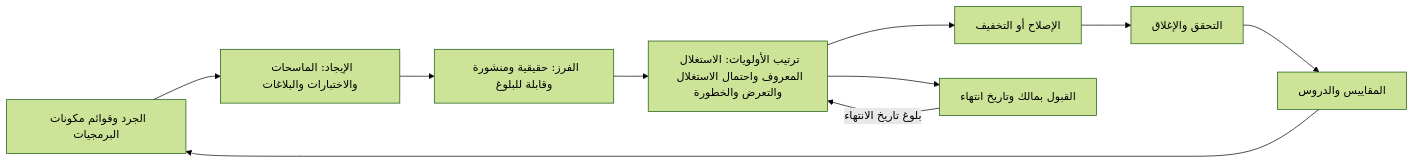
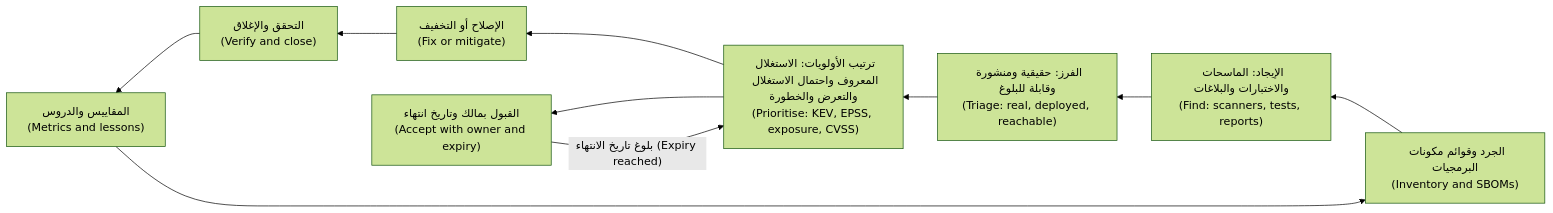
The third of 3 diagrams in secai/modules/10-response.ar.md (Tamoura/system-design-for-vibe-coders), drawn with Mermaid (forest theme) before and after one commit. The commit also changed other lines of this file and 11 other files, not shown here.

First line of the commit message:
Security course: Arabic modules 10–11 reviewed; RTL diagrams with English labels for modules 0–11

````diff
--- a/secai/modules/10-response.ar.md
+++ b/secai/modules/10-response.ar.md
@@ -590,12 +590,12 @@
 ```mermaid
-flowchart LR
-    I["الجرد وقوائم مكونات البرمجيات"] --> F["الإيجاد: الماسحات والاختبارات والبلاغات"]
-    F --> T["الفرز: حقيقية ومنشورة وقابلة للبلوغ"]
-    T --> P["ترتيب الأولويات: الاستغلال المعروف واحتمال الاستغلال والتعرض والخطورة"]
-    P --> R["الإصلاح أو التخفيف"]
-    P --> X["القبول بمالك وتاريخ انتهاء"]
-    R --> V["التحقق والإغلاق"]
-    X -->|"بلوغ تاريخ الانتهاء"| P
-    V --> M["المقاييس والدروس"]
+flowchart RL
+    I["الجرد وقوائم مكونات البرمجيات<br/>(Inventory and SBOMs)"] --> F["الإيجاد: الماسحات والاختبارات والبلاغات<br/>(Find: scanners, tests, reports)"]
+    F --> T["الفرز: حقيقية ومنشورة وقابلة للبلوغ<br/>(Triage: real, deployed, reachable)"]
+    T --> P["ترتيب الأولويات: الاستغلال المعروف واحتمال الاستغلال والتعرض والخطورة<br/>(Prioritise: KEV, EPSS, exposure, CVSS)"]
+    P --> R["الإصلاح أو التخفيف<br/>(Fix or mitigate)"]
+    P --> X["القبول بمالك وتاريخ انتهاء<br/>(Accept with owner and expiry)"]
+    R --> V["التحقق والإغلاق<br/>(Verify and close)"]
+    X -->|"بلوغ تاريخ الانتهاء (Expiry reached)"| P
+    V --> M["المقاييس والدروس<br/>(Metrics and lessons)"]
     M --> I
 ```
````
